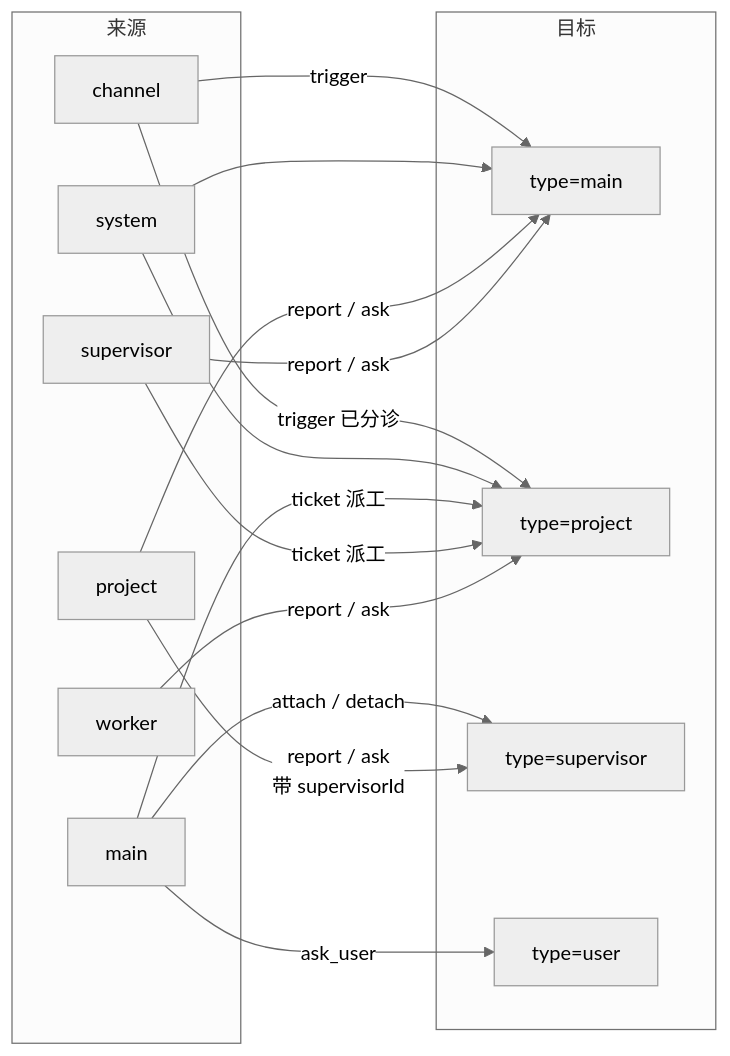
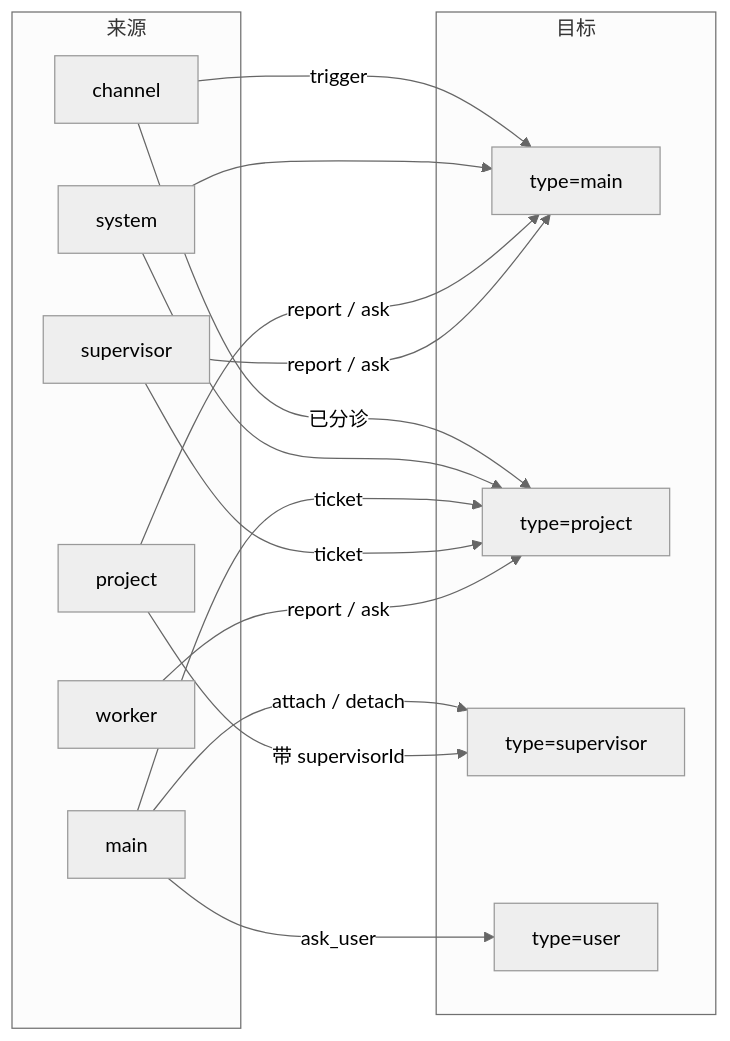
Before and after one commit to hairyf/dsh-nexus: the tenth of 21 diagrams in docs/flow.md, drawn with Mermaid (neutral theme). The commit also changed other lines of this file and 9 other files, not shown here.

````diff
--- a/docs/flow.md
+++ b/docs/flow.md
@@ -359,35 +264,30 @@
 ```mermaid
 flowchart LR
     subgraph 来源
         CH["channel"]
         SY["system"]
         MA["main"]
         PR["project"]
         SU["supervisor"]
         WK["worker"]
     end
-
     subgraph 目标
         TMA["type=main"]
         TPR["type=project"]
         TSU["type=supervisor"]
         TU["type=user"]
     end
 
     CH -->|trigger| TMA
-    CH -->|trigger 已分诊| TPR
+    CH -->|已分诊| TPR
     SY --> TMA
     SY --> TPR
-
-    MA -->|"ticket 派工"| TPR
-    MA -->|"ask_user"| TU
-    MA -->|"attach / detach"| TSU
-
-    PR -->|"report / ask"| TMA
-    PR -->|"report / ask<br/>带 supervisorId"| TSU
-
-    SU -->|"ticket 派工"| TPR
-    SU -->|"report / ask"| TMA
-
-    WK -->|"report / ask"| TPR
+    MA -->|ticket| TPR
+    MA -->|ask_user| TU
+    MA -->|attach / detach| TSU
+    PR -->|report / ask| TMA
+    PR -->|"带 supervisorId"| TSU
+    SU -->|ticket| TPR
+    SU -->|report / ask| TMA
+    WK -->|report / ask| TPR
 ```
````
